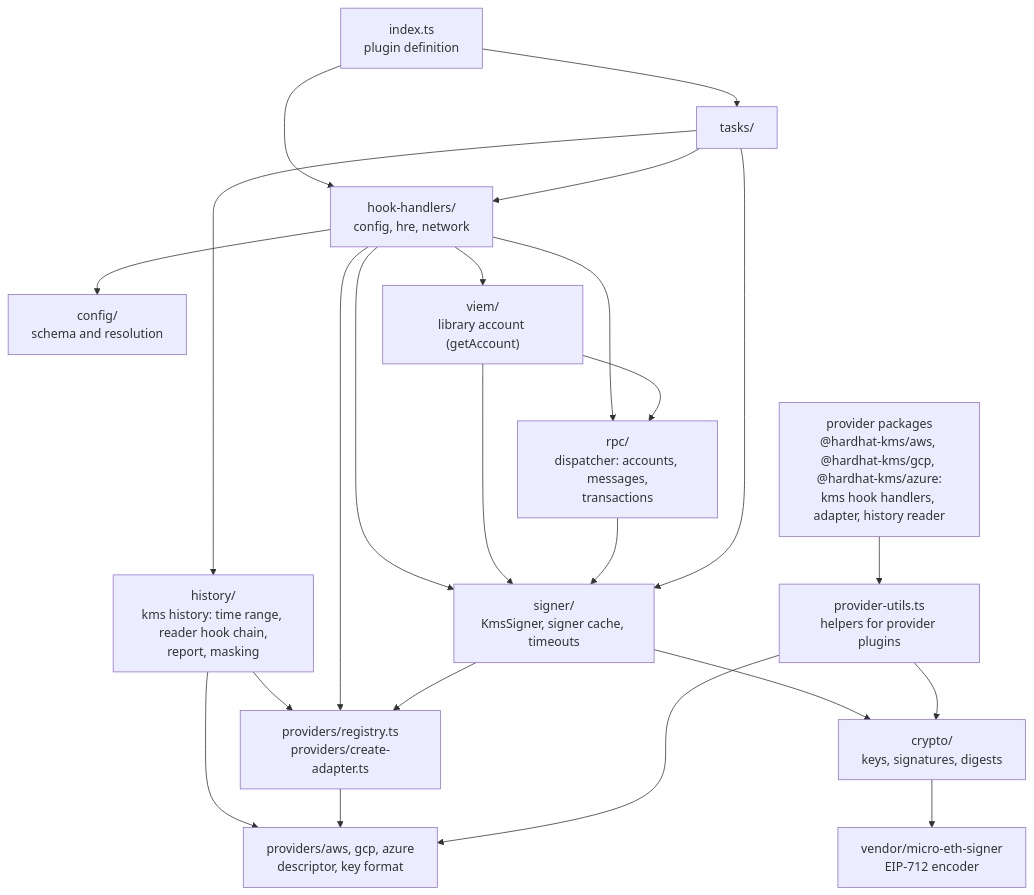
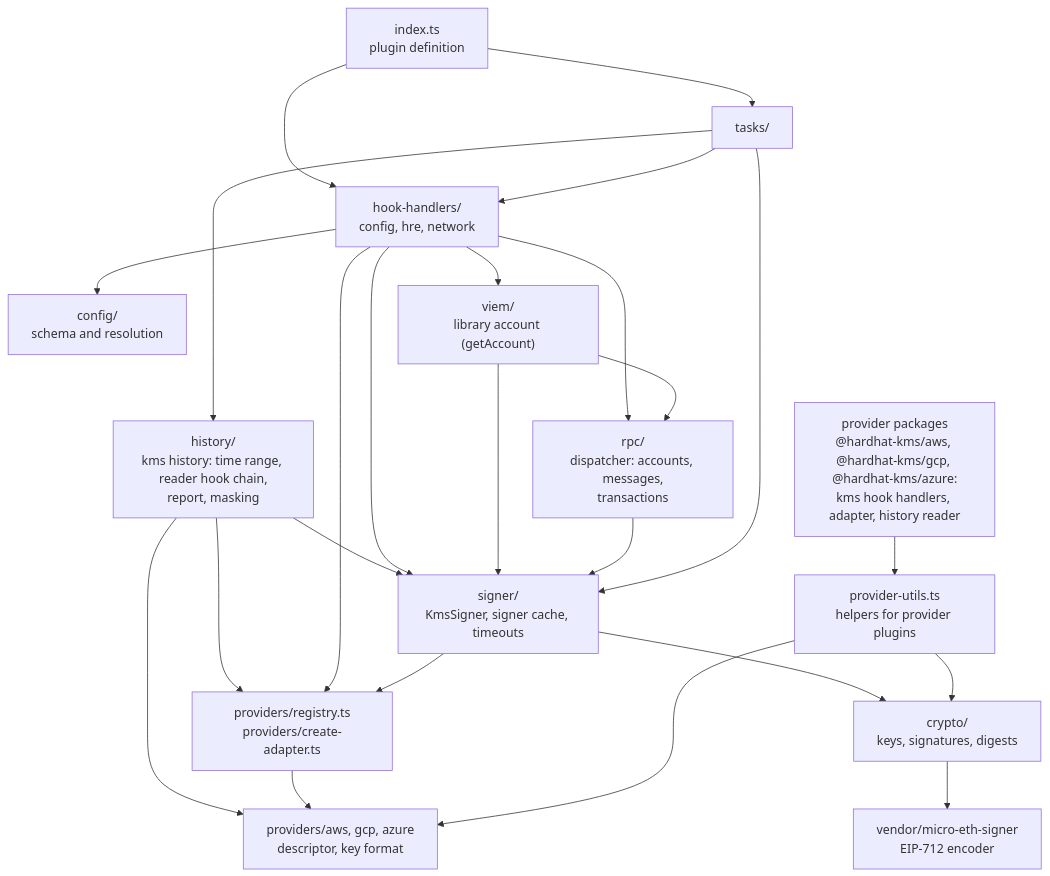
One commit to aelmanaa/hardhat-kms changed the first of 7 diagrams in docs/contributor/architecture.md. Above: the diagram before and after it, drawn with Mermaid. The commit also changed other lines of this file and 2 other files, not shown here.

````diff
--- a/docs/contributor/architecture.md
+++ b/docs/contributor/architecture.md
@@ -11,25 +11,26 @@
 ```mermaid
 flowchart TD
   index["index.ts<br/>plugin definition"] --> hooks["hook-handlers/<br/>config, hre, network"]
   index --> tasks["tasks/"]
   tasks --> history["history/<br/>kms history: time range, reader hook chain,<br/>report, masking"]
   history --> registry
   history --> descriptors
+  history --> signer
   hooks --> config["config/<br/>schema and resolution"]
   hooks --> registry["providers/registry.ts<br/>providers/create-adapter.ts"]
   hooks --> rpc["rpc/<br/>dispatcher: accounts, messages,<br/>transactions"]
   hooks --> signer
   hooks --> viem["viem/<br/>library account (getAccount)"]
   viem --> rpc
   viem --> signer
   rpc --> signer["signer/<br/>KmsSigner, signer cache, timeouts"]
   signer --> registry
   tasks --> signer
   tasks --> hooks
   registry --> descriptors["providers/aws, gcp, azure<br/>descriptor, key format"]
   signer --> crypto["crypto/<br/>keys, signatures, digests"]
   packages["provider packages<br/>@hardhat-kms/aws, @hardhat-kms/gcp, @hardhat-kms/azure:<br/>kms hook handlers, adapter, history reader"] --> utils["provider-utils.ts<br/>helpers for provider plugins"]
   utils --> crypto
   utils --> descriptors
   crypto --> vendor["vendor/micro-eth-signer<br/>EIP-712 encoder"]
 ```
````
